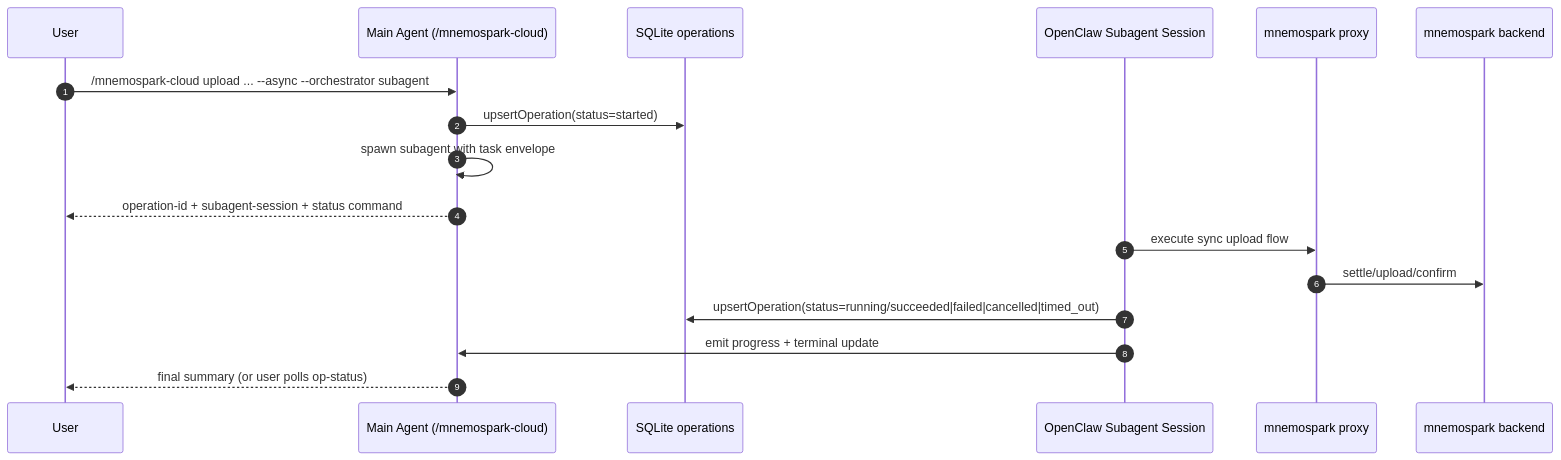
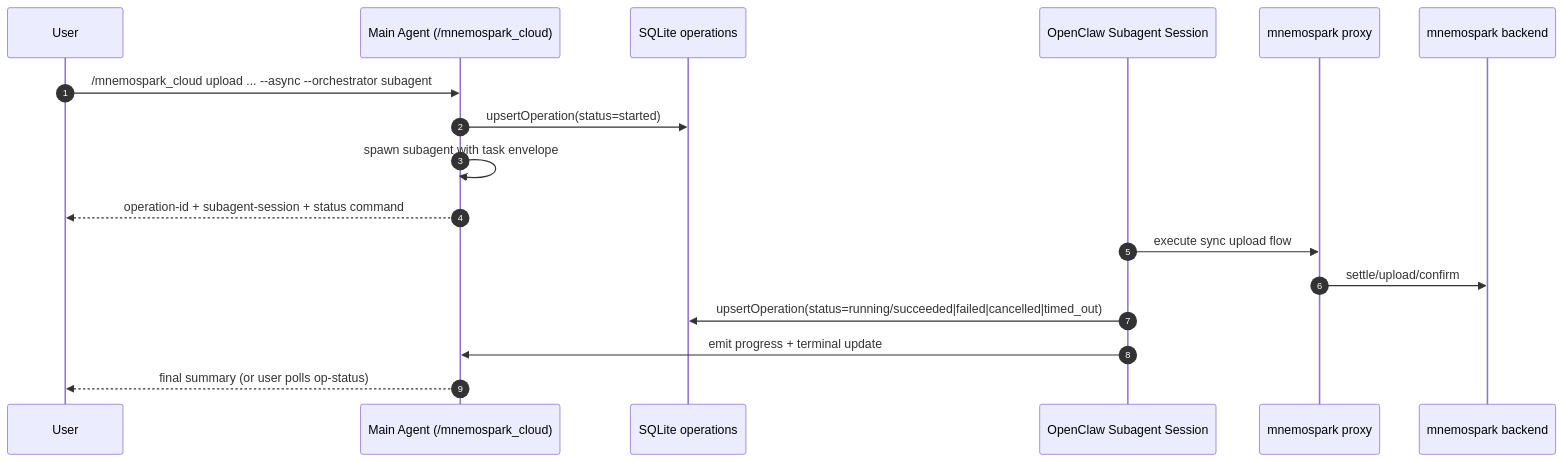
The diagram in dev_docs/features_cursor_dev/cursor-dev-47-complete-cursor-dev-44-subagent-orchestration-interfaces.md (pawlsclick/mnemospark-docs), drawn with Mermaid before and after one commit. The commit also changed other lines of this file, not shown here.

Commit message:
docs(cursor-dev-47): switch to canonical slash name mnemospark_cloud

````diff
--- a/dev_docs/features_cursor_dev/cursor-dev-47-complete-cursor-dev-44-subagent-orchestration-interfaces.md
+++ b/dev_docs/features_cursor_dev/cursor-dev-47-complete-cursor-dev-44-subagent-orchestration-interfaces.md
@@ -38,21 +38,21 @@
 ```mermaid
 sequenceDiagram
   autonumber
   participant User
-  participant Main as Main Agent (/mnemospark-cloud)
+  participant Main as Main Agent (/mnemospark_cloud)
   participant DB as SQLite operations
   participant SA as OpenClaw Subagent Session
   participant Proxy as mnemospark proxy
   participant Backend as mnemospark backend
 
-  User->>Main: /mnemospark-cloud upload ... --async --orchestrator subagent
+  User->>Main: /mnemospark_cloud upload ... --async --orchestrator subagent
   Main->>DB: upsertOperation(status=started)
   Main->>Main: spawn subagent with task envelope
   Main-->>User: operation-id + subagent-session + status command
 
   SA->>Proxy: execute sync upload flow
   Proxy->>Backend: settle/upload/confirm
   SA->>DB: upsertOperation(status=running/succeeded|failed|cancelled|timed_out)
   SA->>Main: emit progress + terminal update
   Main-->>User: final summary (or user polls op-status)
 ```
````
